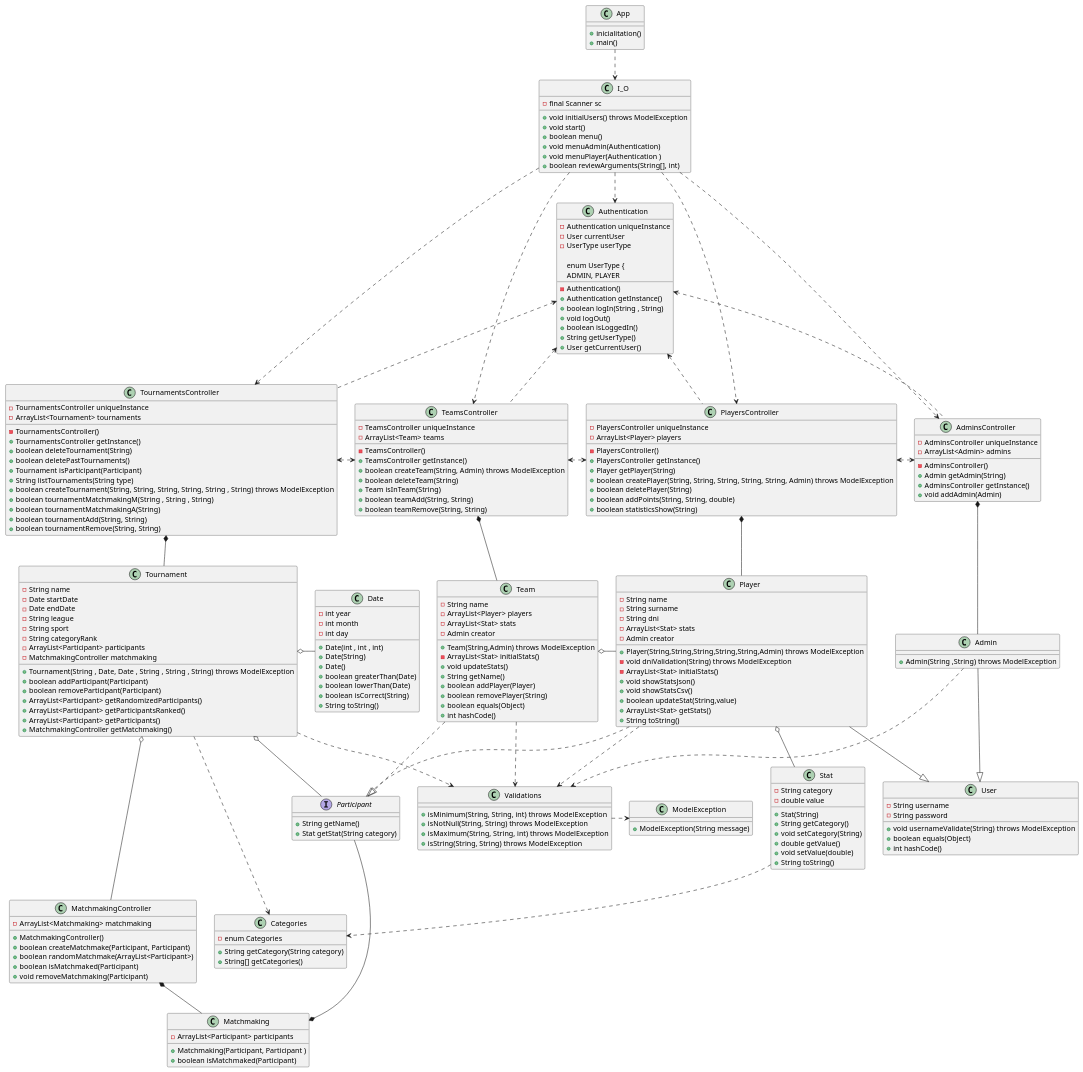
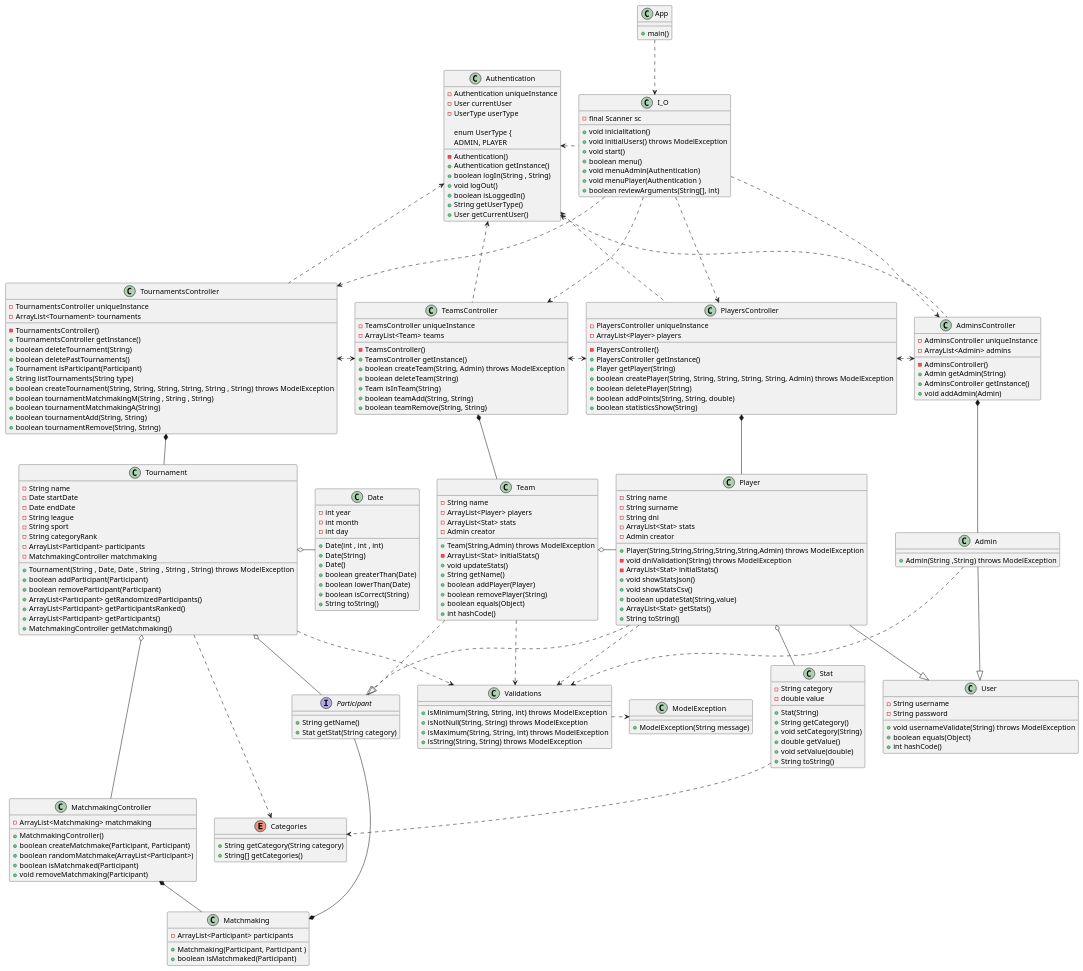
Before and after one commit to AlbertoArpa/POO2: the diagram in documents/uml.puml, drawn with PlantUML. The commit also changed 11 other files, not shown here.

```diff
--- a/documents/uml.puml
+++ b/documents/uml.puml
@@ -5,11 +5,11 @@
 I_O ...> TeamsController
 I_O ...> PlayersController
 I_O ...> AdminsController
-I_O .> Authentication
-Authentication <.. AdminsController
-Authentication <.. PlayersController
-Authentication <.. TeamsController
-Authentication <.. TournamentsController
+Authentication <. I_O
+Authentication <... AdminsController
+Authentication <... PlayersController
+Authentication <... TeamsController
+Authentication <... TournamentsController
 TeamsController <.> PlayersController
 PlayersController <.> AdminsController
 TournamentsController <.> TeamsController
@@ -38,7 +38,6 @@
 
 
 class App{
-    +inicialitation()
     +main()
 }
 
@@ -70,8 +69,7 @@
     + Admin(String ,String) throws ModelException
 }
 
-class Categories{
-    -enum Categories
+enum Categories{
     +String getCategory(String category)
     +String[] getCategories()
 }
@@ -215,6 +213,7 @@
 
 class I_O{
     - final Scanner sc
+    + void inicialitation()
     + void initialUsers() throws ModelException
     + void start()
     + boolean menu()
```
